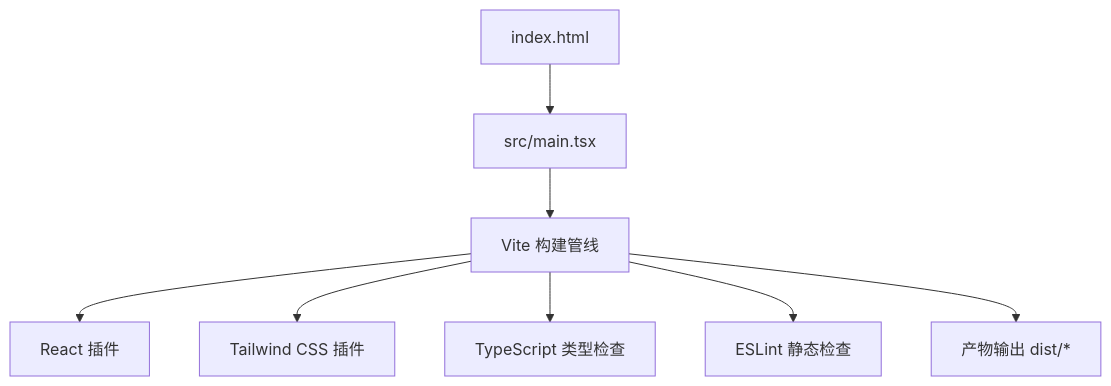
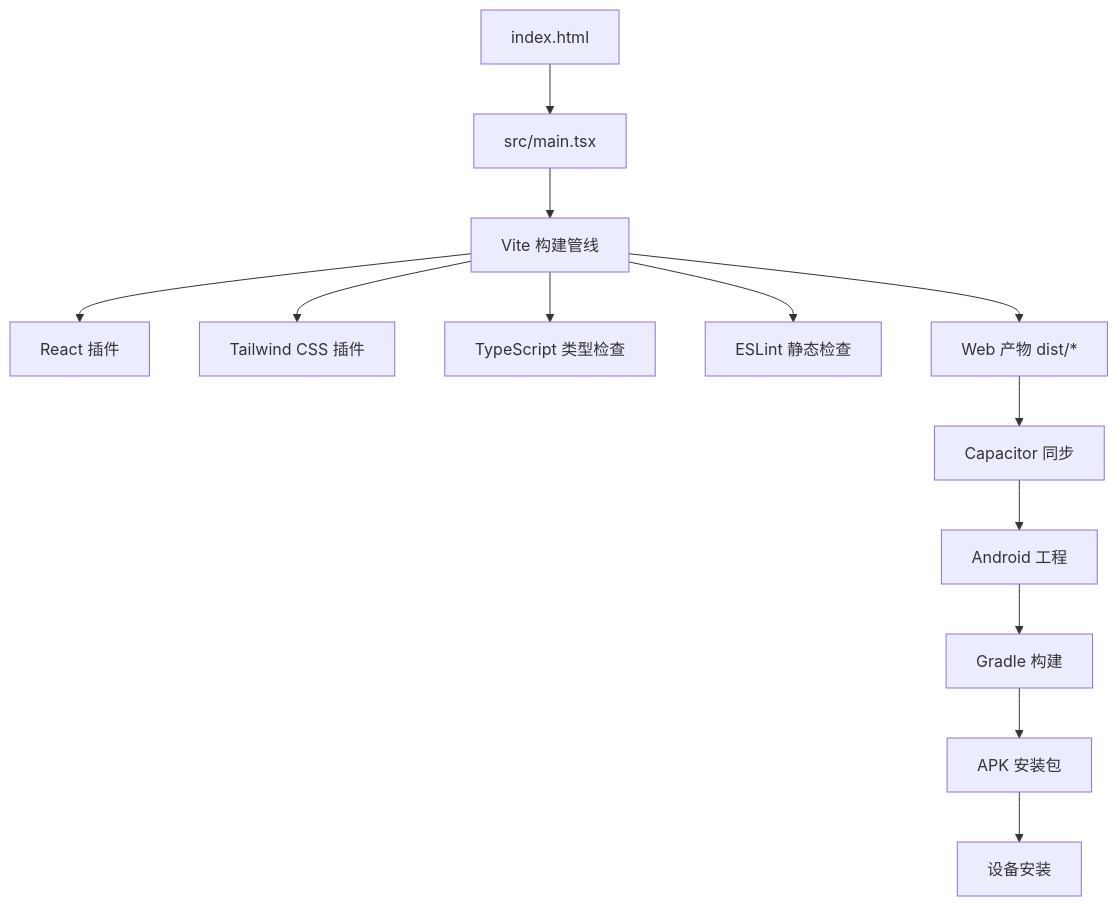
The first of 3 diagrams in .qoder/repowiki/zh/content/开发指南/构建配置.md (billye220670/AIShop), drawn with Mermaid before and after one commit. The commit also changed other lines of this file and 99 other files, not shown here.

````diff
--- a/.qoder/repowiki/zh/content/开发指南/构建配置.md
+++ b/.qoder/repowiki/zh/content/开发指南/构建配置.md
@@ -39,10 +59,15 @@
 ```mermaid
 graph TB
 A["index.html"] --> B["src/main.tsx"]
 B --> C["Vite 构建管线"]
 C --> D["React 插件"]
 C --> E["Tailwind CSS 插件"]
 C --> F["TypeScript 类型检查"]
 C --> G["ESLint 静态检查"]
-C --> H["产物输出 dist/*"]
+C --> H["Web 产物 dist/*"]
+H --> I["Capacitor 同步"]
+I --> J["Android 工程"]
+J --> K["Gradle 构建"]
+K --> L["APK 安装包"]
+L --> M["设备安装"]
 ```
````
